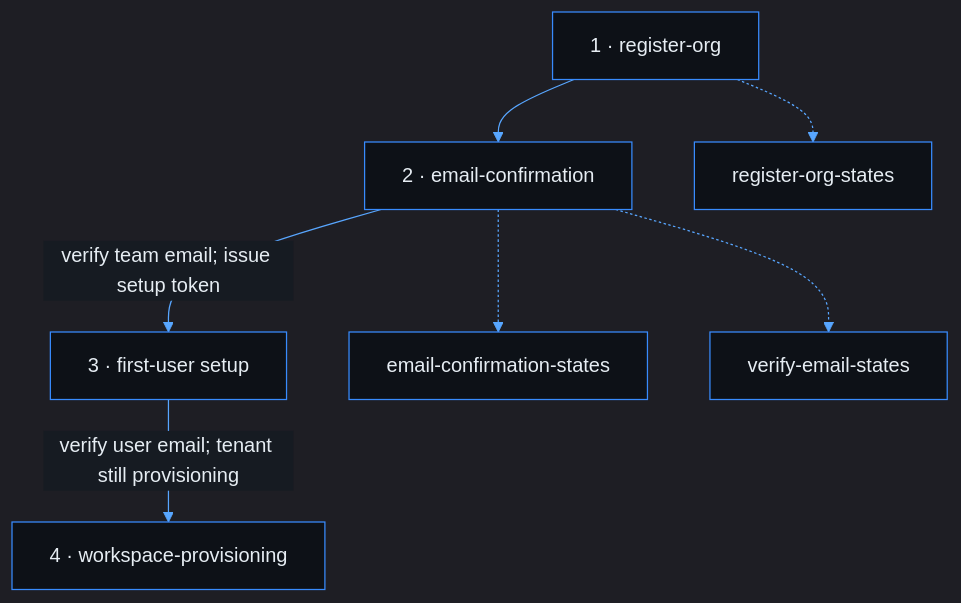
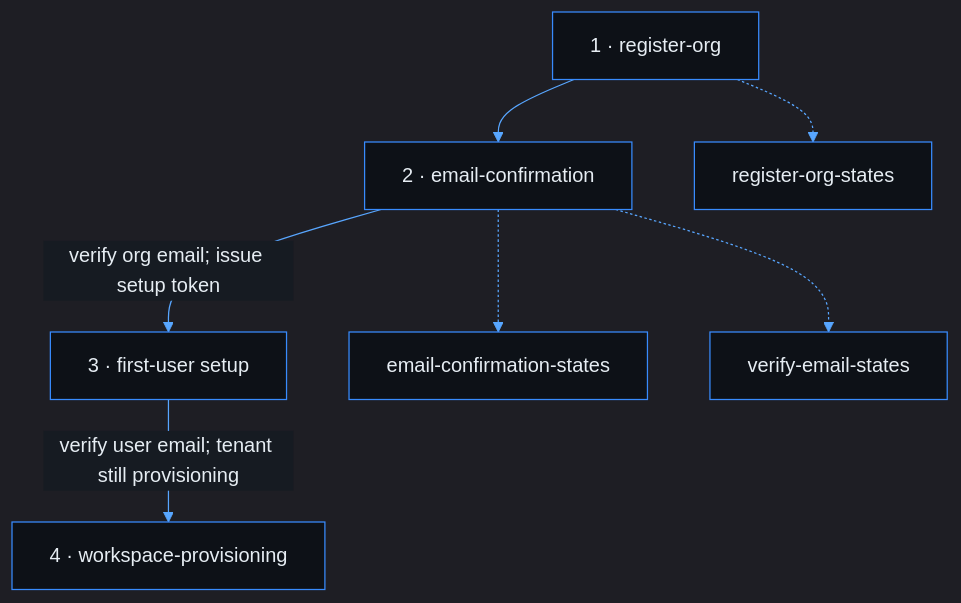
One commit to phuongnse/axis changed the first of 3 diagrams in docs/use-cases/platform-foundation/register-org/README.md. Above: the diagram before and after it, drawn with Mermaid. The commit also changed other lines of this file and 21 other files, not shown here.

Commit message:
fix(auth): remove organization onboarding flow

````diff
--- a/docs/use-cases/platform-foundation/register-org/README.md
+++ b/docs/use-cases/platform-foundation/register-org/README.md
@@ -121,18 +123,18 @@
 ```mermaid
 %%{init: {'theme':'dark','themeVariables':{'background':'#0d1117','mainBkg':'#0d1117','primaryColor':'#161b22','primaryBorderColor':'#388bfd','primaryTextColor':'#e6edf3','secondaryColor':'#21262d','secondaryBorderColor':'#388bfd','secondaryTextColor':'#e6edf3','tertiaryColor':'#161b22','tertiaryTextColor':'#e6edf3','lineColor':'#58a6ff','textColor':'#e6edf3','nodeBorder':'#388bfd','clusterBkg':'#161b22','clusterBorder':'#388bfd','titleColor':'#e6edf3','edgeLabelBackground':'#161b22','actorBkg':'#161b22','actorBorder':'#388bfd','actorTextColor':'#e6edf3','signalColor':'#58a6ff','labelBoxBkgColor':'#161b22','labelBoxBorderColor':'#388bfd','noteBkgColor':'#161b22','noteBorderColor':'#388bfd','noteTextColor':'#c9d1d9','activationBkgColor':'#30363d'}}}%%
 flowchart TD
   entry["1 · register-org"]
   confirm["2 · email-confirmation"]
   user["3 · first-user setup"]
   provision["4 · workspace-provisioning"]
   errEntry["register-org-states"]
   errEmail["email-confirmation-states"]
   errVerify["verify-email-states"]
 
   entry --> confirm
-  confirm -->|"verify team email; issue setup token"| user
+  confirm -->|"verify org email; issue setup token"| user
   user -->|"verify user email; tenant still provisioning"| provision
   entry -.-> errEntry
   confirm -.-> errEmail
   confirm -.-> errVerify
 ```
````
